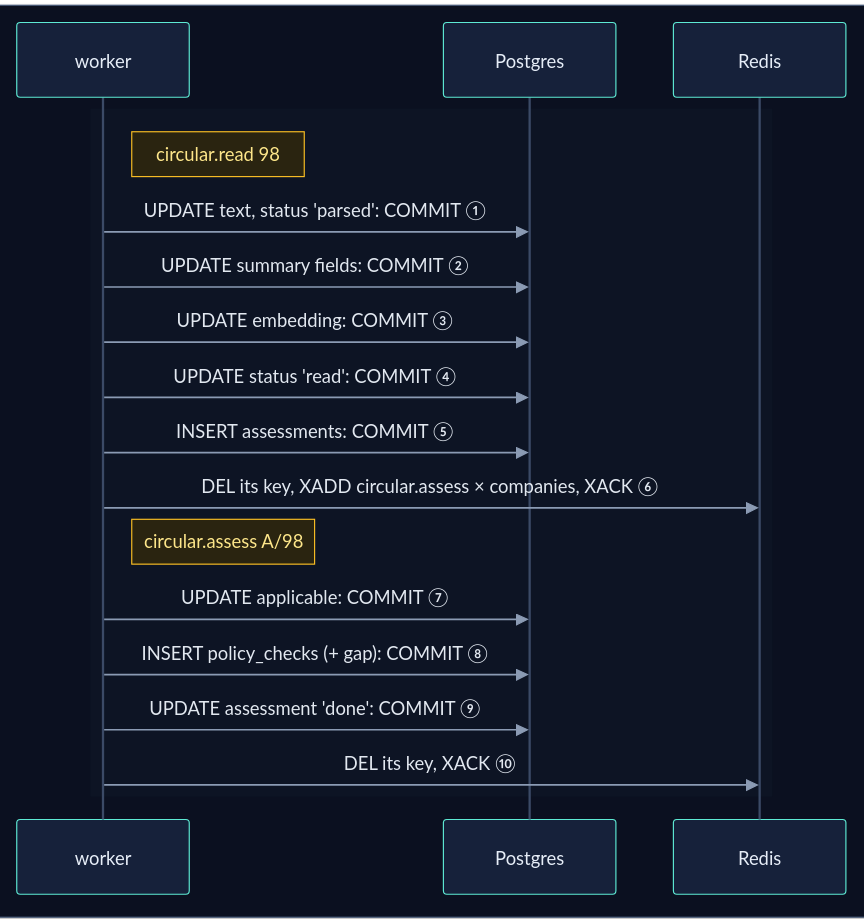
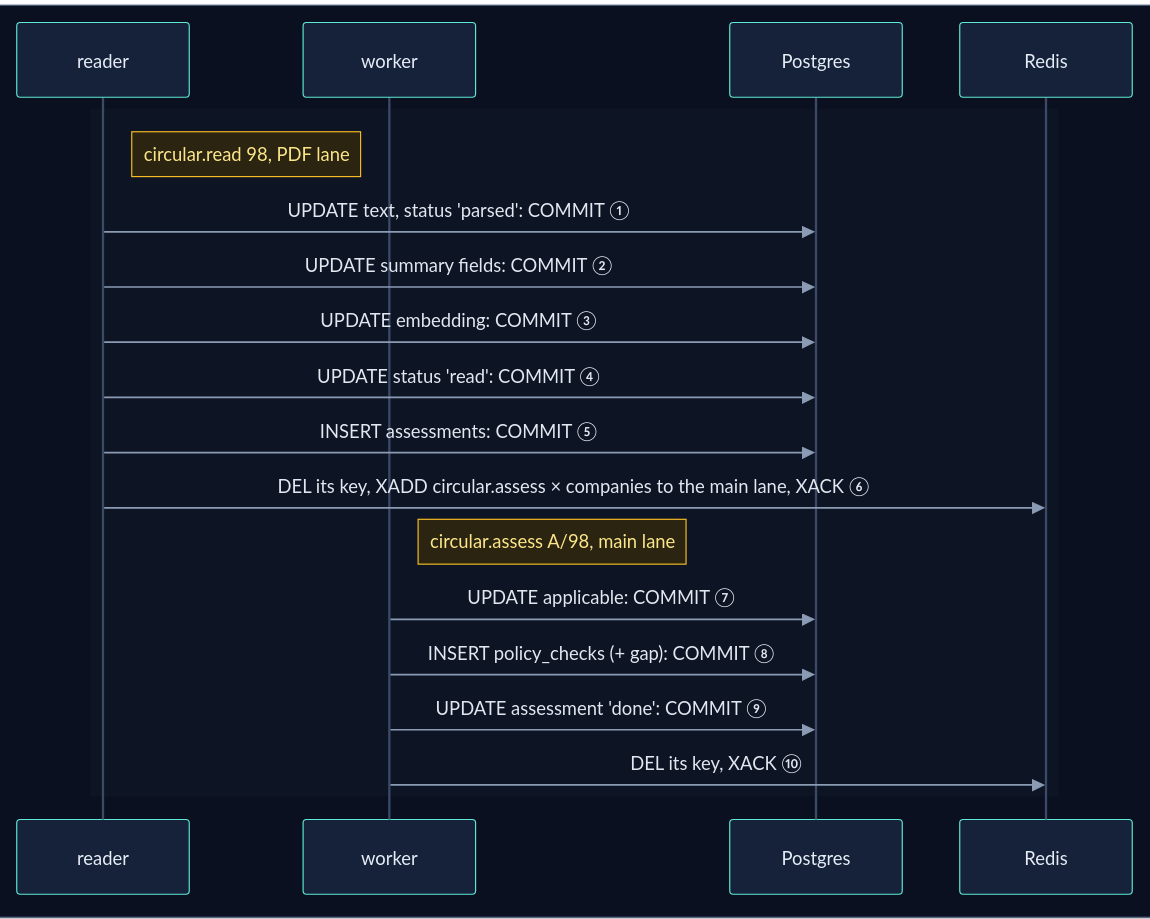
One commit to selvakumarperumal/Regulatory_Circular_Impact_Agent changed diagram 43 of 45 in backend/worker/INTERNALS.md. Above: the diagram before and after it, drawn with Mermaid. The commit also changed other lines of this file and 7 other files, not shown here.

Commit message:
Document the PDF lane and the main lane

````diff
--- a/backend/worker/INTERNALS.md
+++ b/backend/worker/INTERNALS.md
@@ -2346,24 +2402,25 @@
 ```mermaid
 %%{init: {"theme": "base", "sequence": {"diagramMarginX": 0, "diagramMarginY": 0}, "themeVariables": {"darkMode": true, "primaryColor": "#16213a", "primaryTextColor": "#e6edf7", "primaryBorderColor": "#475a7a", "lineColor": "#8b9bb4", "secondaryColor": "#1b2436", "tertiaryColor": "#101a2e", "edgeLabelBackground": "#0f172a", "textColor": "#e2e8f0", "actorBkg": "#16213a", "actorBorder": "#5eead4", "actorTextColor": "#e6edf7", "actorLineColor": "#3b4a66", "signalColor": "#8b9bb4", "signalTextColor": "#e2e8f0", "noteBkgColor": "#2a2410", "noteBorderColor": "#fbbf24", "noteTextColor": "#fde68a", "labelBoxBkgColor": "#1e293b", "labelBoxBorderColor": "#64748b", "labelTextColor": "#e2e8f0", "loopTextColor": "#c4b5fd", "sequenceNumberColor": "#0b1020", "activationBkgColor": "#1e293b"}}}%%
 sequenceDiagram
     box rgb(11, 16, 32)
+        participant RD as reader
         participant K as worker
         participant PG as Postgres
         participant R as Redis
     end
 
     rect rgb(13, 20, 36)
-        Note right of K: circular.read 98
-        K->>PG: UPDATE text, status 'parsed': COMMIT ①
-        K->>PG: UPDATE summary fields: COMMIT ②
-        K->>PG: UPDATE embedding: COMMIT ③
-        K->>PG: UPDATE status 'read': COMMIT ④
-        K->>PG: INSERT assessments: COMMIT ⑤
-        K->>R: DEL its key, XADD circular.assess × companies, XACK ⑥
-        Note right of K: circular.assess A/98
+        Note right of RD: circular.read 98, PDF lane
+        RD->>PG: UPDATE text, status 'parsed': COMMIT ①
+        RD->>PG: UPDATE summary fields: COMMIT ②
+        RD->>PG: UPDATE embedding: COMMIT ③
+        RD->>PG: UPDATE status 'read': COMMIT ④
+        RD->>PG: INSERT assessments: COMMIT ⑤
+        RD->>R: DEL its key, XADD circular.assess × companies to the main lane, XACK ⑥
+        Note right of K: circular.assess A/98, main lane
         K->>PG: UPDATE applicable: COMMIT ⑦
         K->>PG: INSERT policy_checks (+ gap): COMMIT ⑧
         K->>PG: UPDATE assessment 'done': COMMIT ⑨
         K->>R: DEL its key, XACK ⑩
     end
 ```
````
